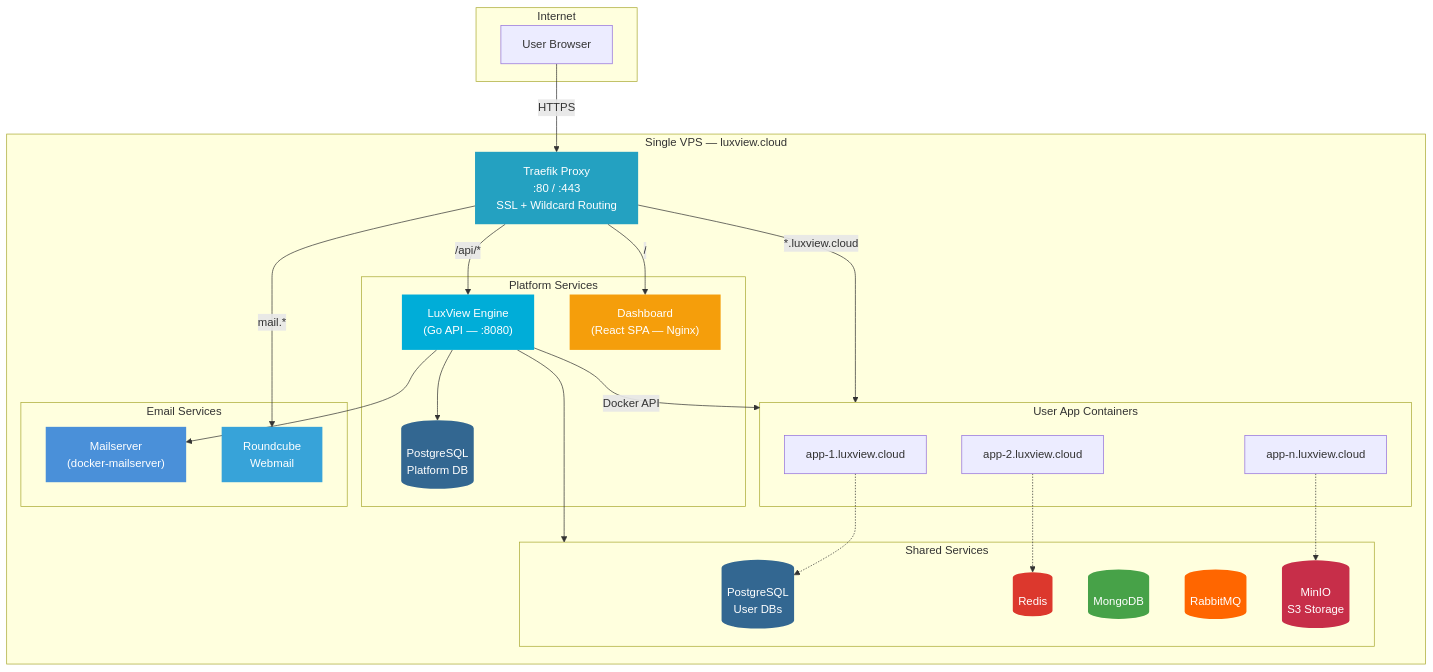
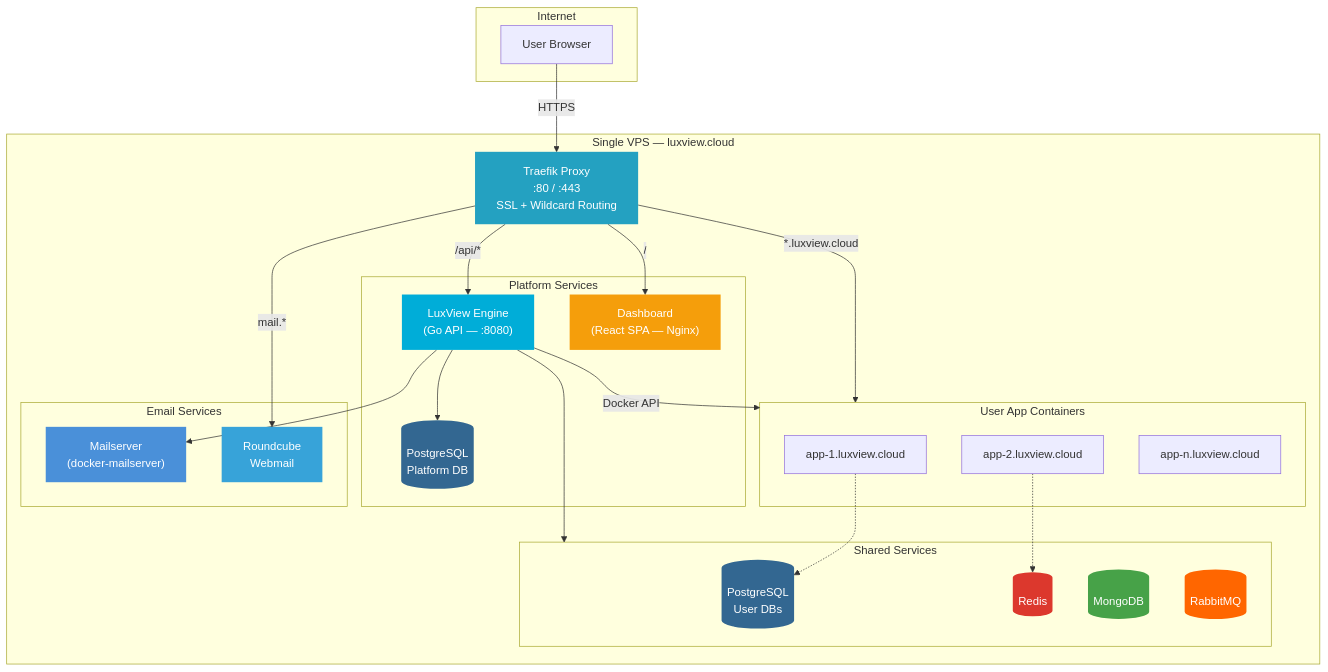
The first of 5 diagrams in README.md (JohnPitter/luxview-cloud), drawn with Mermaid before and after one commit. The commit also changed other lines of this file and 4 other files, not shown here.

````diff
--- a/README.md
+++ b/README.md
@@ -58,60 +58,58 @@
 ```mermaid
 graph TB
     subgraph Internet
         USER[User Browser]
     end
 
     subgraph VPS["Single VPS — luxview.cloud"]
         TRAEFIK["Traefik Proxy<br/>:80 / :443<br/>SSL + Wildcard Routing"]
 
         subgraph Platform["Platform Services"]
             ENGINE["LuxView Engine<br/>(Go API — :8080)"]
             DASHBOARD["Dashboard<br/>(React SPA — Nginx)"]
             PG_PLATFORM[("PostgreSQL<br/>Platform DB")]
         end
 
         subgraph Apps["User App Containers"]
             A1["app-1.luxview.cloud"]
             A2["app-2.luxview.cloud"]
             A3["app-n.luxview.cloud"]
         end
 
         subgraph Shared["Shared Services"]
             PG_SHARED[("PostgreSQL<br/>User DBs")]
             REDIS[("Redis")]
             MONGO[("MongoDB")]
             RABBIT[("RabbitMQ")]
-            MINIO[("MinIO<br/>S3 Storage")]
         end
 
         subgraph Email["Email Services"]
             MAIL["Mailserver<br/>(docker-mailserver)"]
             ROUNDCUBE["Roundcube<br/>Webmail"]
         end
     end
 
     USER -->|HTTPS| TRAEFIK
     TRAEFIK -->|"/api/*"| ENGINE
     TRAEFIK -->|"/"| DASHBOARD
     TRAEFIK -->|"*.luxview.cloud"| Apps
     TRAEFIK -->|"mail.*"| ROUNDCUBE
     ENGINE --> PG_PLATFORM
     ENGINE -->|"Docker API"| Apps
     ENGINE --> Shared
     ENGINE --> MAIL
     A1 -.-> PG_SHARED
     A2 -.-> REDIS
-    A3 -.-> MINIO
 
     style TRAEFIK fill:#24A1C1,color:#fff,stroke:none
     style ENGINE fill:#00ADD8,color:#fff,stroke:none
     style DASHBOARD fill:#F59E0B,color:#fff,stroke:none
     style PG_PLATFORM fill:#336791,color:#fff,stroke:none
     style PG_SHARED fill:#336791,color:#fff,stroke:none
     style REDIS fill:#DC382D,color:#fff,stroke:none
     style MONGO fill:#47A248,color:#fff,stroke:none
     style RABBIT fill:#FF6600,color:#fff,stroke:none
-    style MINIO fill:#C72E49,color:#fff,stroke:none
+
     style MAIL fill:#4A90D9,color:#fff,stroke:none
     style ROUNDCUBE fill:#37A3D9,color:#fff,stroke:none
 ```
````
